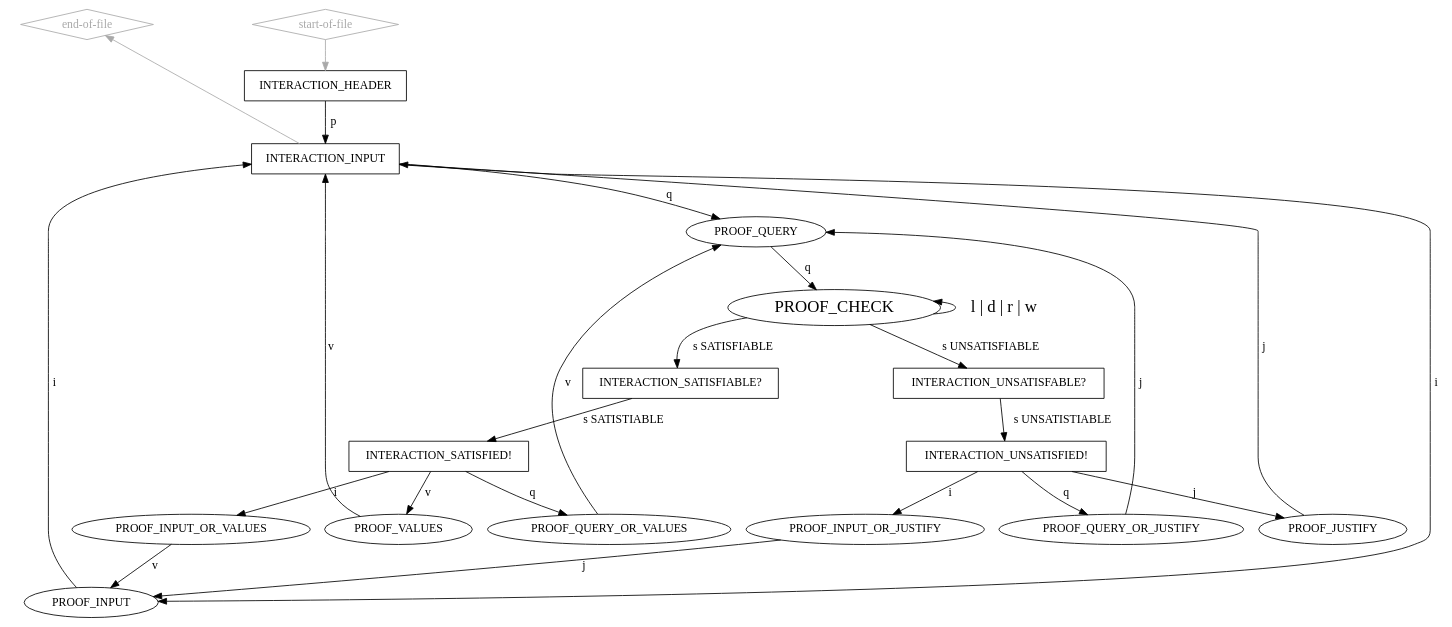
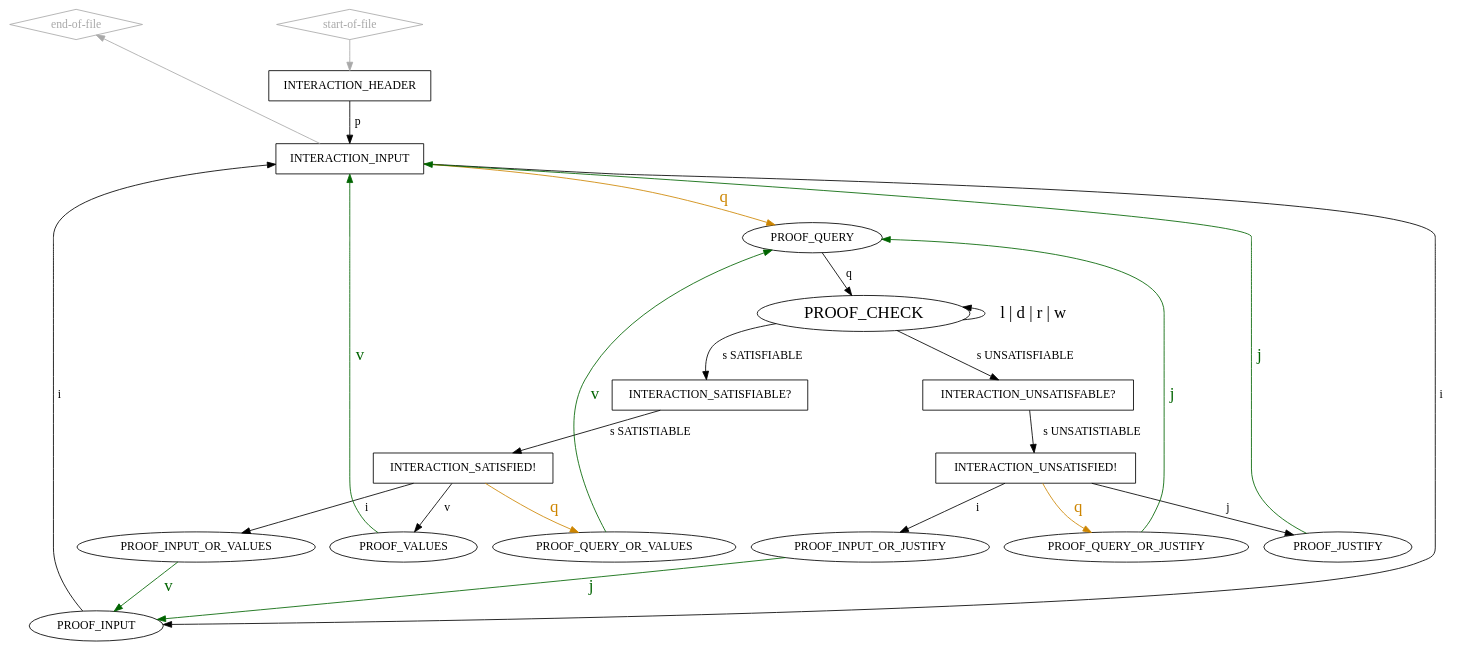
One commit to arminbiere/lidrup-check changed the diagram in idrup-check-strict.dot. Above: the diagram before and after it, drawn with Graphviz. The commit also changed 1 other file, not shown here.

Commit message:
added query conclusion  pairs

```diff
--- a/idrup-check-strict.dot
+++ b/idrup-check-strict.dot
@@ -1,61 +1,61 @@
 digraph "idrup-check" {
 
   "start-of-file" [shape=diamond,color=darkgray,fontcolor=darkgray];
   "start-of-file" -> INTERACTION_HEADER [weight=2,color=darkgray];
 
   "end-of-file" [shape=diamond,color=darkgray,fontcolor=darkgray];
 
   // INTERACTION_HEADER -> "end-of-file";
   // INTERACTION_INPUT -> "end-of-file";
    "end-of-file" -> INTERACTION_HEADER [dir=back,color=darkgray,style=invis];
    "end-of-file" -> INTERACTION_INPUT [dir=back,color=darkgray];
 
   INTERACTION_HEADER [shape=box];
   INTERACTION_HEADER -> PROOF_INPUT [label=" i ",style=invis];
   INTERACTION_HEADER -> PROOF_QUERY [label=" q ",style=invis];
   INTERACTION_HEADER -> INTERACTION_INPUT [label=" p ",weight=2];
 
   INTERACTION_INPUT [shape=box];
   INTERACTION_INPUT -> PROOF_INPUT [label=" i ",weight=2];
-  INTERACTION_INPUT -> PROOF_QUERY [label=" q ",weight=2];
+  INTERACTION_INPUT -> PROOF_QUERY [label=" q ",weight=2,color=orange3,fontsize=20,fontcolor=orange3];
 
   PROOF_INPUT -> INTERACTION_INPUT [label=" i ",weight=3];
 
   PROOF_QUERY -> PROOF_CHECK [label=" q "];
 
   PROOF_CHECK [fontsize=20];
   PROOF_CHECK -> PROOF_CHECK [label=" l | d | r | w ",dir=back,fontsize=20];
   PROOF_CHECK -> INTERACTION_SATISFIABLE [label=" s SATISFIABLE "];
   PROOF_CHECK -> INTERACTION_UNSATISFABLE [label=" s UNSATISFIABLE "];
 
   INTERACTION_UNSATISFABLE [shape="box",label="INTERACTION_UNSATISFABLE?"];
   INTERACTION_UNSATISFABLE -> INTERACTION_UNSATISFIED [label=" s UNSATISTIABLE "];
 
   INTERACTION_SATISFIABLE [shape="box",label="INTERACTION_SATISFIABLE?"];
   INTERACTION_SATISFIABLE -> INTERACTION_SATISFIED [label=" s SATISTIABLE "];
 
   INTERACTION_SATISFIED [shape=box,label="INTERACTION_SATISFIED!"];
   INTERACTION_SATISFIED -> PROOF_VALUES [label=" v "];
   INTERACTION_SATISFIED -> PROOF_INPUT_OR_VALUES [label=" i "];
-  INTERACTION_SATISFIED -> PROOF_QUERY_OR_VALUES [label=" q "];
+  INTERACTION_SATISFIED -> PROOF_QUERY_OR_VALUES [label=" q ", color=orange3,fontsize=20,fontcolor=orange3];
 
   INTERACTION_UNSATISFIED [shape=box,label="INTERACTION_UNSATISFIED!"];
   INTERACTION_UNSATISFIED -> PROOF_JUSTIFY [label=" j "];
   INTERACTION_UNSATISFIED -> PROOF_INPUT_OR_JUSTIFY [label=" i "];
-  INTERACTION_UNSATISFIED -> PROOF_QUERY_OR_JUSTIFY [label=" q "];
+  INTERACTION_UNSATISFIED -> PROOF_QUERY_OR_JUSTIFY [label=" q ",color=orange3,fontsize=20,fontcolor=orange3];
 
-  PROOF_VALUES -> INTERACTION_INPUT [label=" v"];
-  PROOF_JUSTIFY -> INTERACTION_INPUT [label=" j "];
+  PROOF_VALUES -> INTERACTION_INPUT [label=" v ",color=darkgreen,fontsize=20,fontcolor=darkgreen];
+  PROOF_JUSTIFY -> INTERACTION_INPUT [label=" j ",color=darkgreen,fontsize=20,fontcolor=darkgreen];
 
   PROOF_INPUT_OR_VALUES -> INTERACTION_INPUT [label=" i ",color=invis,fontcolor=invis];
-  PROOF_INPUT_OR_VALUES -> PROOF_INPUT [label=" v ", color=black,fontcolor=black];
+  PROOF_INPUT_OR_VALUES -> PROOF_INPUT [label=" v ", color=darkgreen,fontcolor=darkgreen,fontsize=20];
 
-  PROOF_QUERY_OR_VALUES -> PROOF_QUERY [label=" v ",color=black,fontcolor=black];
+  PROOF_QUERY_OR_VALUES -> PROOF_QUERY [label=" v ",color=darkgreen,fontcolor=darkgreen,fontsize=20];
   PROOF_QUERY_OR_VALUES -> PROOF_CHECK [label=" q ",color=invis,fontcolor=invis];
 
-  PROOF_QUERY_OR_JUSTIFY -> PROOF_QUERY [label=" j ",color=black,fontcolor=black];
+  PROOF_QUERY_OR_JUSTIFY -> PROOF_QUERY [label=" j ",color=darkgreen,fontcolor=darkgreen,fontsize=20];
   PROOF_QUERY_OR_JUSTIFY -> PROOF_CHECK [label=" q ",color=invis,fontcolor=invis];
 
-  PROOF_INPUT_OR_JUSTIFY -> PROOF_INPUT [label=" j ",color=black,fontcolor=black];
+  PROOF_INPUT_OR_JUSTIFY -> PROOF_INPUT [label=" j ",color=darkgreen,fontcolor=darkgreen,fontsize=20];
   PROOF_INPUT_OR_JUSTIFY -> INTERACTION_INPUT [label=" i ",color=invis,fontcolor=invis];
 }
```
